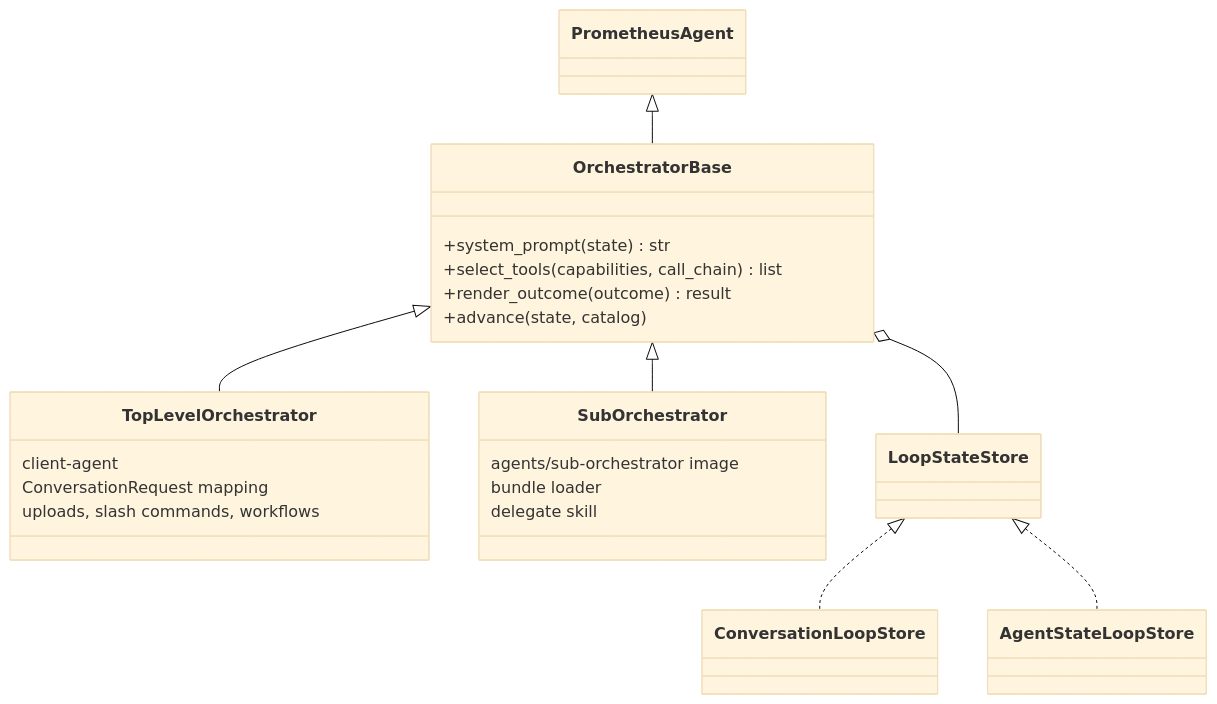
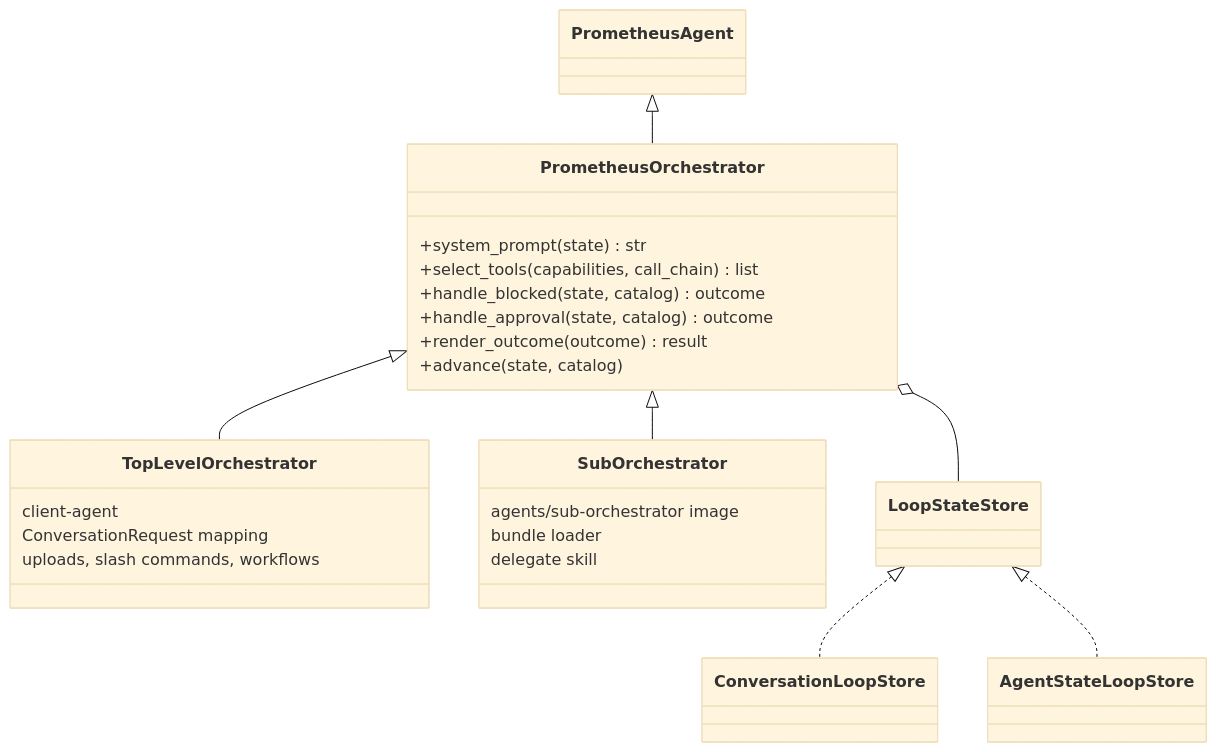
The second of 6 diagrams in platform/docs/design/hierarchical-orchestration.md (idaholab/prometheus_core), drawn with Mermaid (base theme) before and after one commit. The commit also changed other lines of this file and 15 other files, not shown here.

````diff
--- a/platform/docs/design/hierarchical-orchestration.md
+++ b/platform/docs/design/hierarchical-orchestration.md
@@ -132,25 +140,27 @@
 ```mermaid
 classDiagram
-  PrometheusAgent <|-- OrchestratorBase
-  OrchestratorBase <|-- TopLevelOrchestrator
-  OrchestratorBase <|-- SubOrchestrator
-  OrchestratorBase o-- LoopStateStore
+  PrometheusAgent <|-- PrometheusOrchestrator
+  PrometheusOrchestrator <|-- TopLevelOrchestrator
+  PrometheusOrchestrator <|-- SubOrchestrator
+  PrometheusOrchestrator o-- LoopStateStore
   LoopStateStore <|.. ConversationLoopStore
   LoopStateStore <|.. AgentStateLoopStore
-  class OrchestratorBase {
+  class PrometheusOrchestrator {
     +system_prompt(state) str
     +select_tools(capabilities, call_chain) list
+    +handle_blocked(state, catalog) outcome
+    +handle_approval(state, catalog) outcome
     +render_outcome(outcome) result
     +advance(state, catalog)
   }
   class TopLevelOrchestrator {
     client-agent
     ConversationRequest mapping
     uploads, slash commands, workflows
   }
   class SubOrchestrator {
     agents/sub-orchestrator image
     bundle loader
     delegate skill
   }
 ```
````
